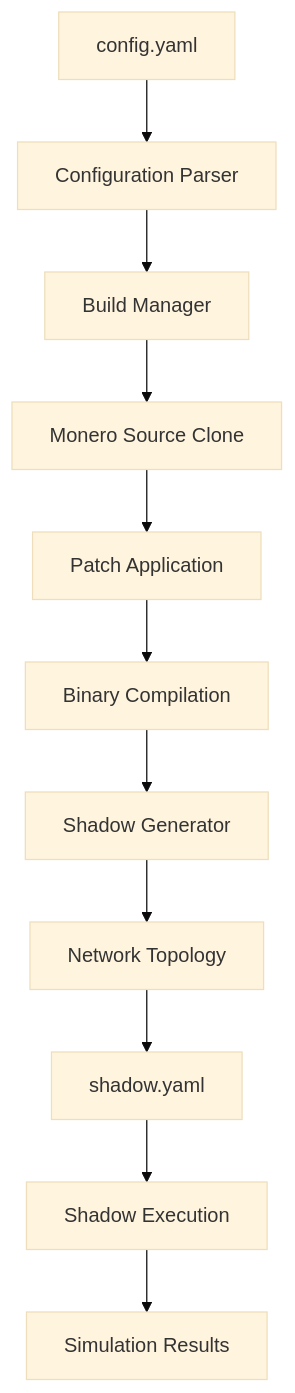
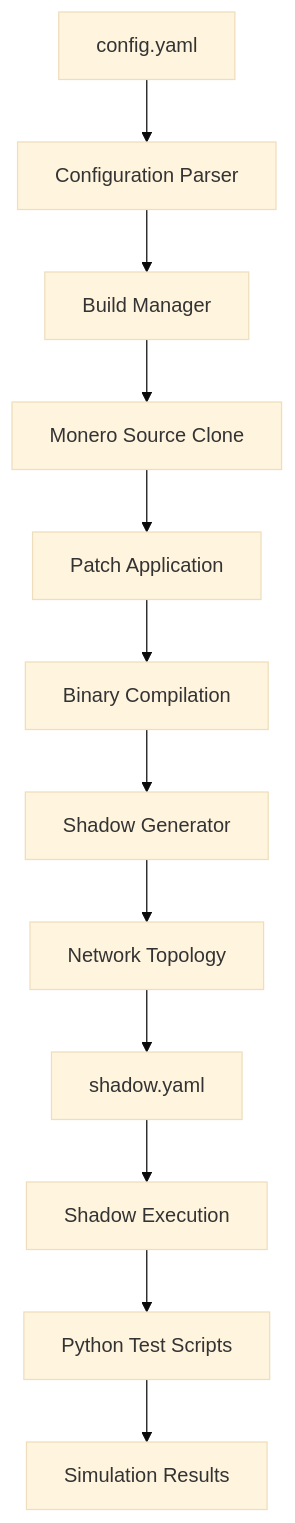
The second of 4 diagrams in docs/ARCHITECTURE.md (Fountain5405/monerosim), drawn with Mermaid (base theme) before and after one commit. The commit also changed other lines of this file and 125 other files, not shown here.

````diff
--- a/docs/ARCHITECTURE.md
+++ b/docs/ARCHITECTURE.md
@@ -206,13 +360,14 @@
 ```mermaid
 graph TD
     A[config.yaml] --> B[Configuration Parser]
     B --> C[Build Manager]
     C --> D[Monero Source Clone]
     D --> E[Patch Application]
     E --> F[Binary Compilation]
     F --> G[Shadow Generator]
     G --> H[Network Topology]
     H --> I[shadow.yaml]
     I --> J[Shadow Execution]
-    J --> K[Simulation Results]
+    J --> K[Python Test Scripts]
+    K --> L[Simulation Results]
 ```
````
